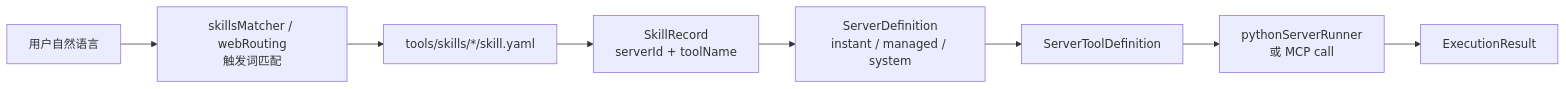
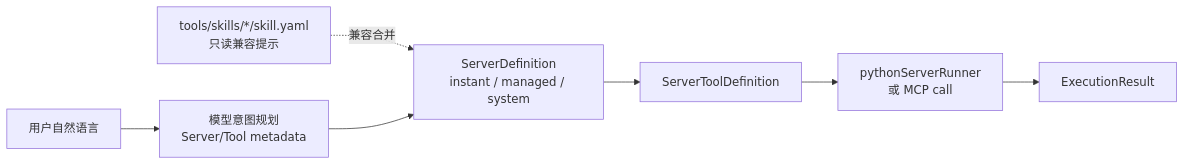
One commit to MeG-lab/OpsDog-web changed the fifth of 7 diagrams in docs/PROJECT_STRUCTURE.md. Above: the diagram before and after it, drawn with Mermaid. The commit also changed other lines of this file and 28 other files, not shown here.

````diff
--- a/docs/PROJECT_STRUCTURE.md
+++ b/docs/PROJECT_STRUCTURE.md
@@ -375,19 +379,17 @@
 ```mermaid
 flowchart LR
   UserText["用户自然语言"]
-  Matcher["skillsMatcher / webRouting<br/>触发词匹配"]
-  SkillYaml["tools/skills/*/skill.yaml"]
-  SkillRecord["SkillRecord<br/>serverId + toolName"]
+  Planner["模型意图规划<br/>Server/Tool metadata"]
   ServerDef["ServerDefinition<br/>instant / managed / system"]
   Tool["ServerToolDefinition"]
   Runner["pythonServerRunner<br/>或 MCP call"]
   Result["ExecutionResult"]
+  Legacy["tools/skills/*/skill.yaml<br/>只读兼容提示"]
 
-  UserText --> Matcher
-  Matcher --> SkillYaml
-  SkillYaml --> SkillRecord
-  SkillRecord --> ServerDef
+  UserText --> Planner
+  Legacy -.兼容合并.-> ServerDef
+  Planner --> ServerDef
   ServerDef --> Tool
   Tool --> Runner
   Runner --> Result
 ```
````
